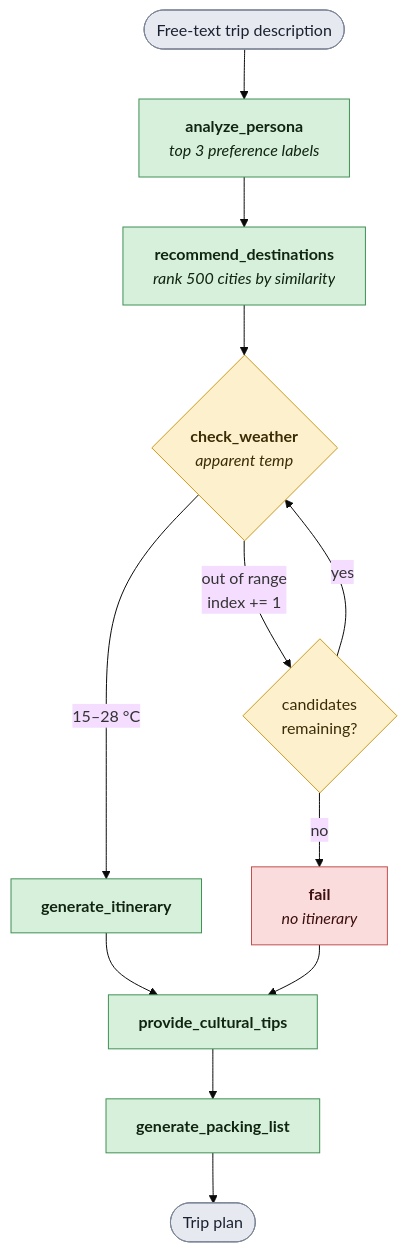
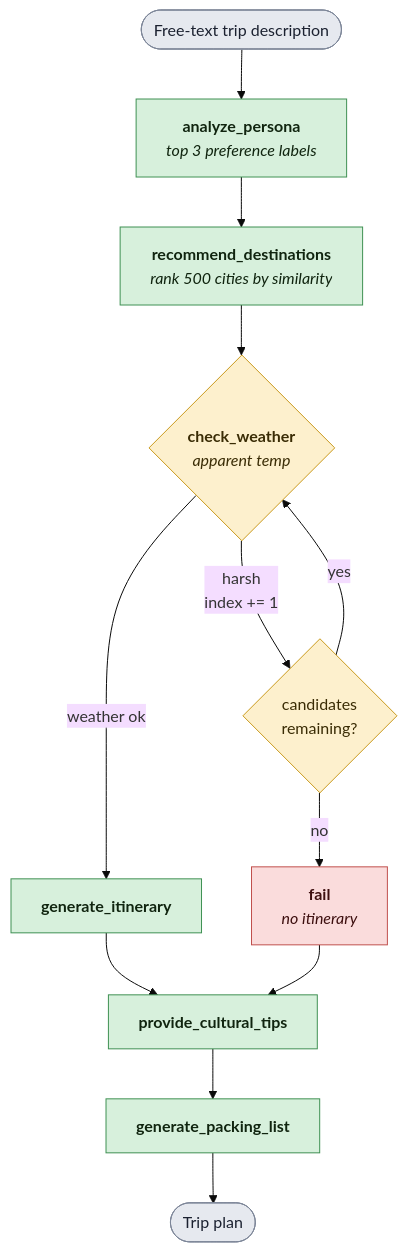
The diagram in README.md (madhumitha-gv/Multi-Agent-Travel-Discovery-Planner), drawn with Mermaid (base theme) before and after one commit.

Commit message:
Drop the temperature range from the flow diagram labels
Use 'weather ok' / 'harsh' on the gate edges instead of the concrete
15-28 C range.

````diff
--- a/README.md
+++ b/README.md
@@ -73,26 +73,26 @@
 ```mermaid
 flowchart TD
     IN(["Free-text trip description"]) --> P["<b>analyze_persona</b><br/><i>top 3 preference labels</i>"]
     P --> R["<b>recommend_destinations</b><br/><i>rank 500 cities by similarity</i>"]
     R --> W{"<b>check_weather</b><br/><i>apparent temp</i>"}
 
-    W -- "15–28 °C" --> IT["<b>generate_itinerary</b>"]
-    W -- "out of range<br/>index += 1" --> MORE{"candidates<br/>remaining?"}
+    W -- "weather ok" --> IT["<b>generate_itinerary</b>"]
+    W -- "harsh<br/>index += 1" --> MORE{"candidates<br/>remaining?"}
     MORE -- "yes" --> W
     MORE -- "no" --> FAIL["<b>fail</b><br/><i>no itinerary</i>"]
 
     IT --> CU["<b>provide_cultural_tips</b>"]
     FAIL --> CU
     CU --> PK["<b>generate_packing_list</b>"]
     PK --> OUT(["Trip plan"])
 
     classDef ok fill:#d7f0dc,stroke:#3f9153,color:#10240f
     classDef gate fill:#fdf0cd,stroke:#c99a1e,color:#3a2c05
     classDef bad fill:#fadcdc,stroke:#c0504d,color:#3d0f0f
     classDef io fill:#e6e9ef,stroke:#7d8698,color:#1b2130
 
     class P,R,IT,CU,PK ok
     class W,MORE gate
     class FAIL bad
     class IN,OUT io
 ```
````
